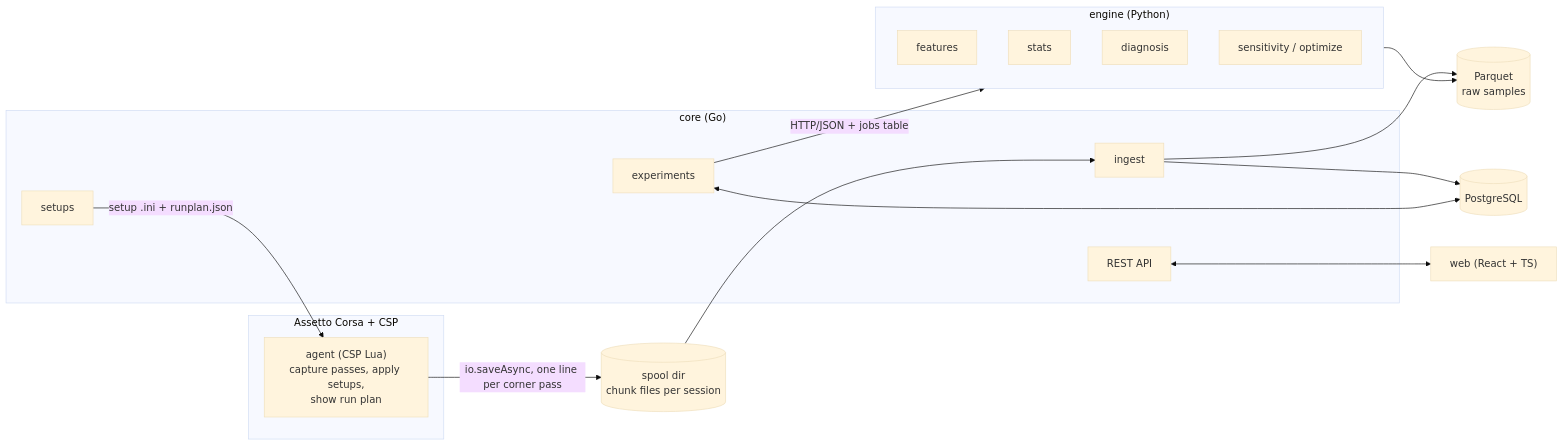
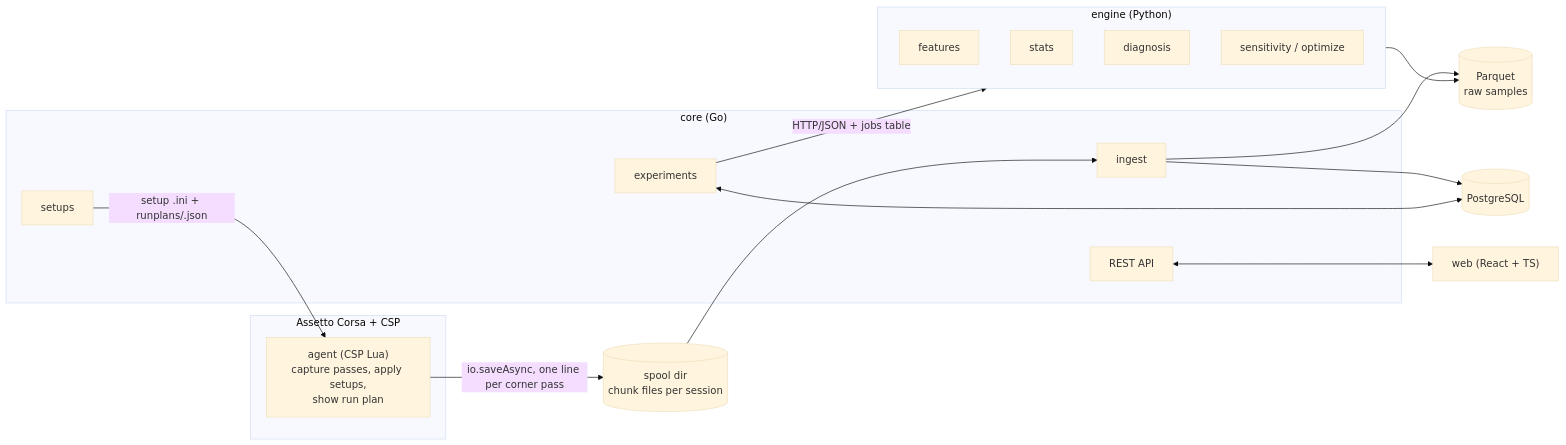
Before and after one commit to JassV9/Apex-Forge-Paddock: the first of 2 diagrams in docs/architecture.md, drawn with Mermaid (base theme). The commit also changed other lines of this file and 48 other files, not shown here.

First line of the commit message:
Phase 6: AI test driver (Ghost Driver level 2), per-car run plans, in-game setup desk

````diff
--- a/docs/architecture.md
+++ b/docs/architecture.md
@@ -12,32 +12,32 @@
 ```mermaid
 flowchart LR
   subgraph AC["Assetto Corsa + CSP"]
     AG["agent (CSP Lua)<br/>capture passes, apply setups,<br/>show run plan"]
   end
   SP[("spool dir<br/>chunk files per session")]
   subgraph CORE["core (Go)"]
     ING[ingest]
     EXP[experiments]
     SET[setups]
     API[REST API]
   end
   subgraph ENG["engine (Python)"]
     FEAT[features]
     STAT[stats]
     DIAG[diagnosis]
     SENS[sensitivity / optimize]
   end
   PG[(PostgreSQL)]
   PQ[(Parquet<br/>raw samples)]
   UI["web (React + TS)"]
 
   AG -- "io.saveAsync, one line per corner pass" --> SP
   SP --> ING
   ING --> PQ
   ING --> PG
-  SET -- "setup .ini + runplan.json" --> AG
+  SET -- "setup .ini + runplans/<car>.json" --> AG
   EXP <--> PG
   EXP -- "HTTP/JSON + jobs table" --> ENG
   ENG --> PQ
   API <--> UI
 ```
````
